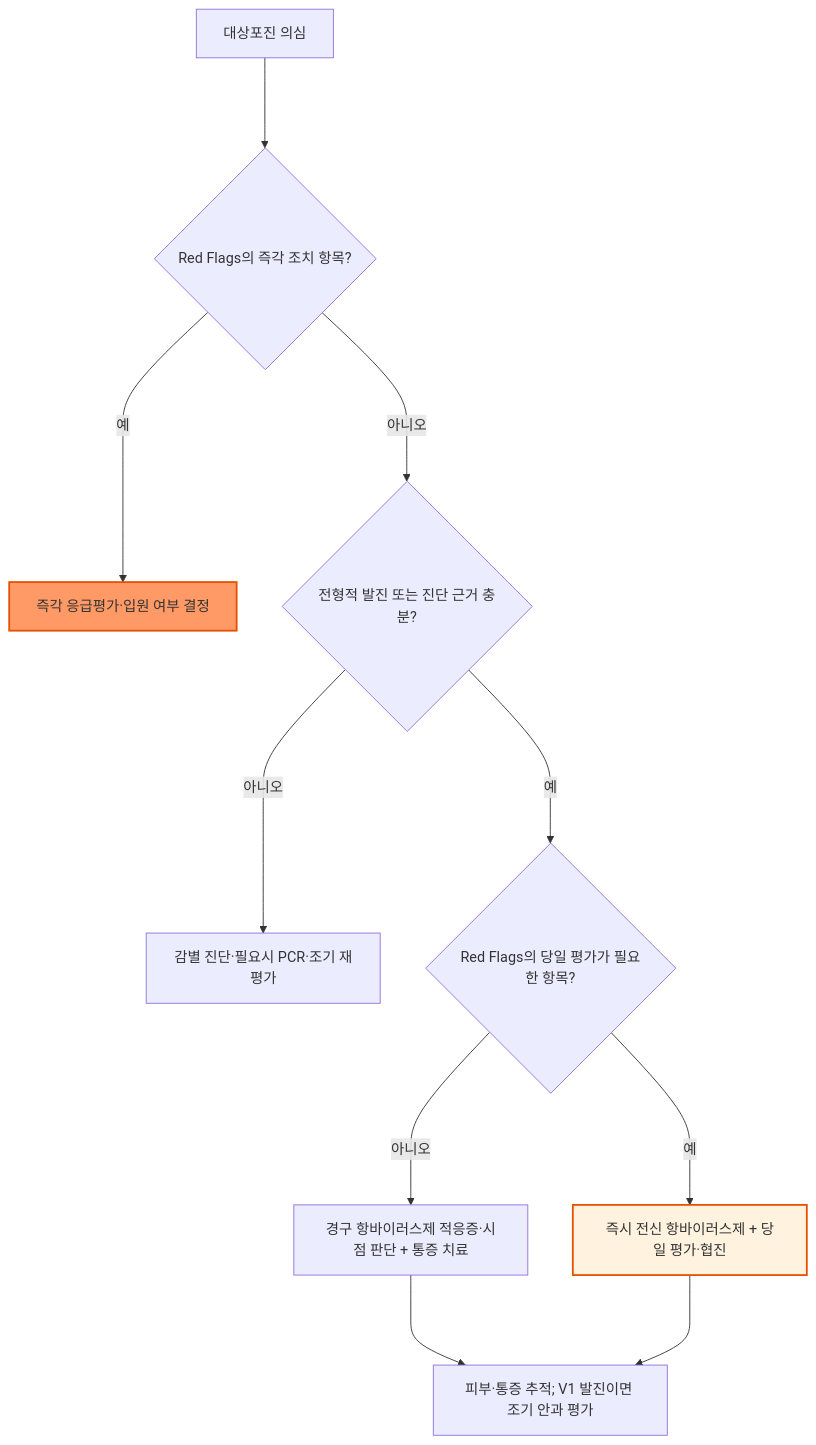
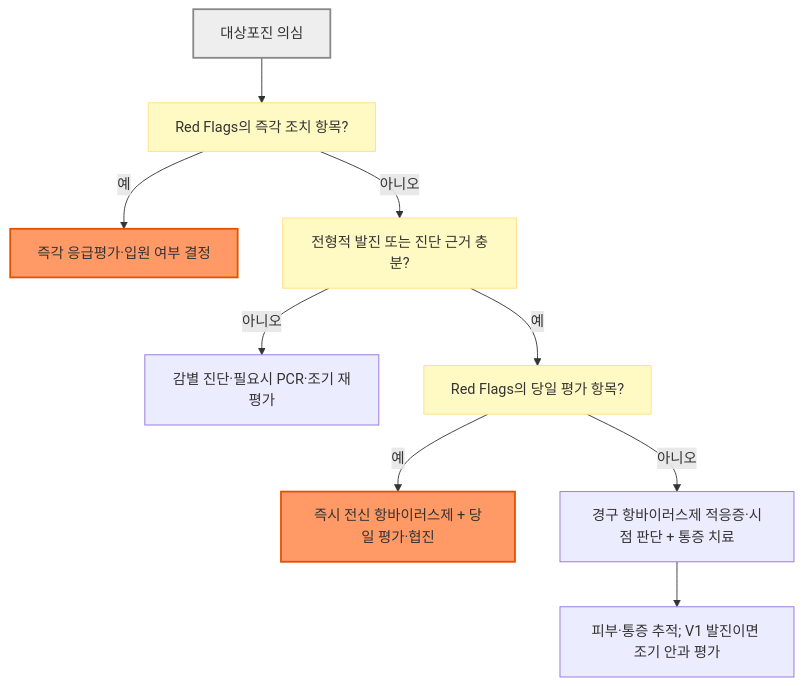
Before and after one commit to familyoh77/familyoh77: the diagram in 229_/180_-herpes-zoster.md, drawn with Mermaid. The commit also changed other lines of this file and 9 other files, not shown here.

````diff
--- a/229_/180_-herpes-zoster.md
+++ b/229_/180_-herpes-zoster.md
@@ -162,14 +161,18 @@
 ```mermaid
 flowchart TD
-    A["대상포진 의심"] ---> B{"Red Flags의 즉각 조치 항목?"}
-    B --->|예| C["즉각 응급평가·입원 여부 결정"]
-    B --->|아니오| D{"전형적 발진 또는 진단 근거 충분?"}
-    D --->|아니오| E["감별 진단·필요시 PCR·조기 재평가"]
-    D --->|예| F{"Red Flags의 당일 평가가 필요한 항목?"}
-    F --->|예| G["즉시 전신 항바이러스제 + 당일 평가·협진"]
-    F --->|아니오| H["경구 항바이러스제 적응증·시점 판단 + 통증 치료"]
-    H ---> I["피부·통증 추적; V1 발진이면 조기 안과 평가"]
-    G ---> I
+    A["대상포진 의심"] --> B["Red Flags의 즉각 조치 항목?"]
+    B -->|"예"| C["즉각 응급평가·입원 여부 결정"]
+    B -->|"아니오"| D["전형적 발진 또는 진단 근거 충분?"]
+    D -->|"아니오"| E["감별 진단·필요시 PCR·조기 재평가"]
+    D -->|"예"| F["Red Flags의 당일 평가 항목?"]
+    F -->|"예"| G["즉시 전신 항바이러스제 + 당일 평가·협진"]
+    F -->|"아니오"| H["경구 항바이러스제 적응증·시점 판단 + 통증 치료"]
+    H --> I["피부·통증 추적; V1 발진이면 조기 안과 평가"]
+
+    style A fill:#eeeeee,stroke:#888888,stroke-width:2px
+    style B fill:#fff9c4,stroke:#ffe082
+    style D fill:#fff9c4,stroke:#ffe082
+    style F fill:#fff9c4,stroke:#ffe082
     style C fill:#f96,stroke:#e65100,stroke-width:2px
-    style G fill:#fff3e0,stroke:#e65100,stroke-width:2px
+    style G fill:#f96,stroke:#e65100,stroke-width:2px
 ```
````
